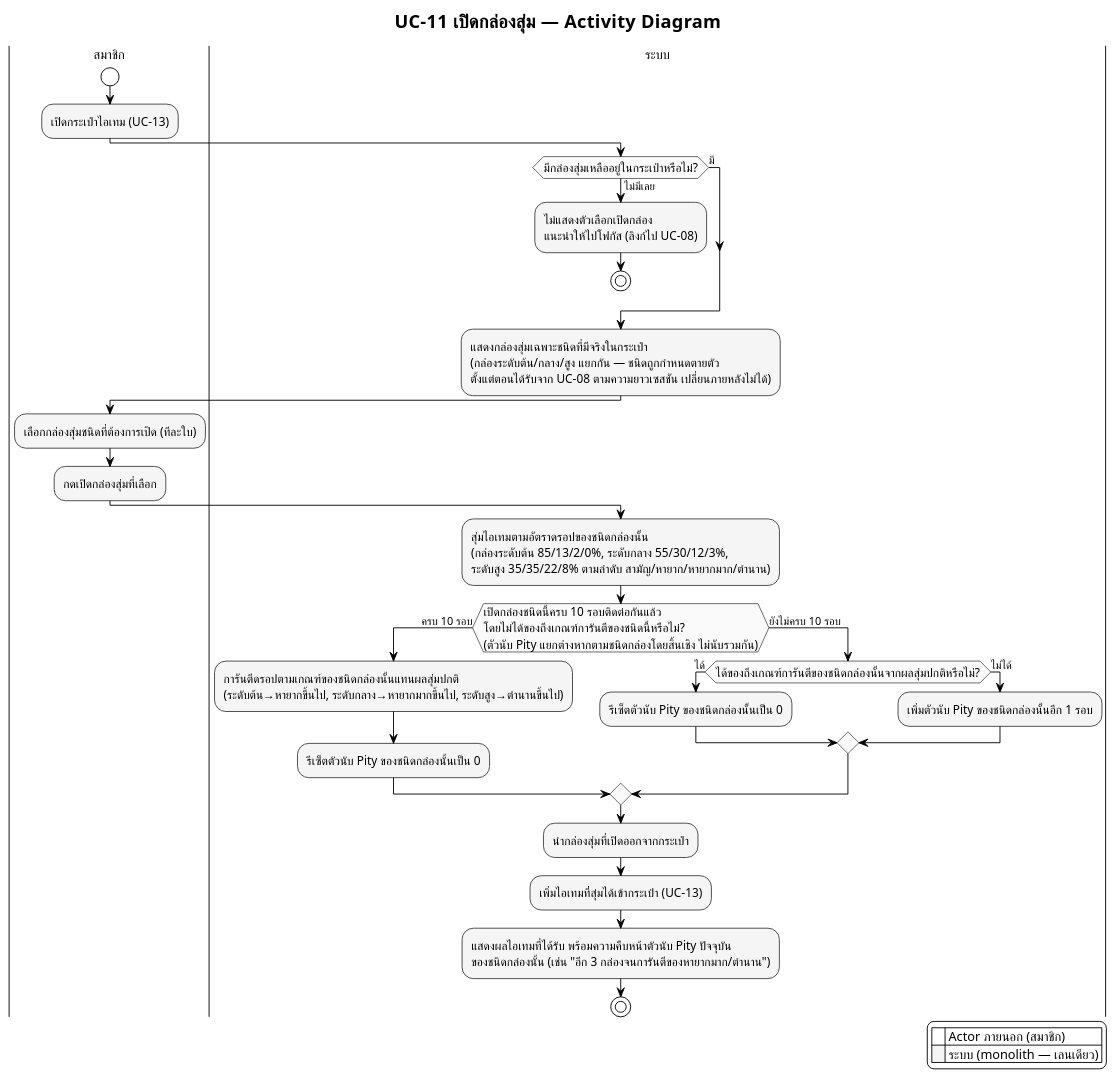
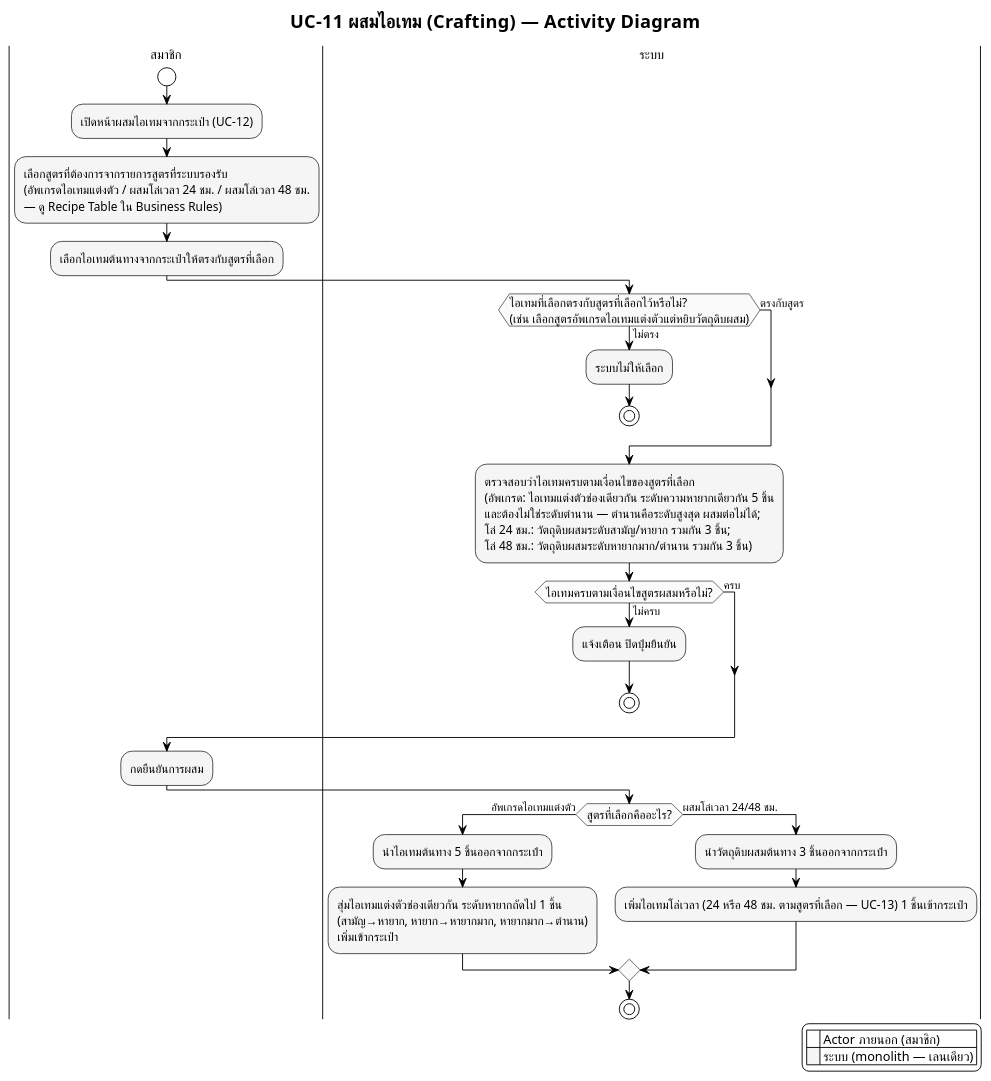
One commit to popotaroman-cloud/dssiprj-pad changed the diagram in proposal/usecase/activity_module3_uc11.puml. Above: the diagram before and after it, drawn with PlantUML. The commit also changed 46 other files, not shown here.

```diff
--- a/proposal/usecase/activity_module3_uc11.puml
+++ b/proposal/usecase/activity_module3_uc11.puml
@@ -1,67 +1,66 @@
-@startuml M3_activity_เปิดกล่องสุ่ม
+@startuml M3_activity_ผสมไอเทม
 !pragma layout smetana
 skinparam defaultFontName "TH Sarabun New"
 skinparam defaultFontSize 14
 
 !theme plain
 skinparam titleFontName "TH Sarabun New"
 skinparam titleFontSize 20
 skinparam noteFontName "TH Sarabun New"
 skinparam ArrowFontName "TH Sarabun New"
 skinparam ArrowFontSize 12
 skinparam swimlaneTitleFontName "TH Sarabun New"
 skinparam swimlaneTitleFontSize 14
 
 skinparam activity {
   BackgroundColor #F5F5F5
   BorderColor #424242
   FontName "TH Sarabun New"
   FontSize 13
   DiamondBackgroundColor #FAFAFA
   DiamondBorderColor #616161
 }
 
-title UC-11 เปิดกล่องสุ่ม — Activity Diagram
+title UC-11 ผสมไอเทม (Crafting) — Activity Diagram
 
 |สมาชิก|
 start
-:เปิดกระเป๋าไอเทม (UC-13);
+:เปิดหน้าผสมไอเทมจากกระเป๋า (UC-12);
+:เลือกสูตรที่ต้องการจากรายการสูตรที่ระบบรองรับ\n(อัพเกรดไอเทมแต่งตัว / ผสมโล่เวลา 24 ชม. / ผสมโล่เวลา 48 ชม.\n— ดู Recipe Table ใน Business Rules);
+:เลือกไอเทมต้นทางจากกระเป๋าให้ตรงกับสูตรที่เลือก;
 
 |ระบบ|
-if (มีกล่องสุ่มเหลืออยู่ในกระเป๋าหรือไม่?) then (ไม่มีเลย)
-  :ไม่แสดงตัวเลือกเปิดกล่อง\nแนะนำให้ไปโฟกัส (ลิงก์ไป UC-08);
+if (ไอเทมที่เลือกตรงกับสูตรที่เลือกไว้หรือไม่?\n(เช่น เลือกสูตรอัพเกรดไอเทมแต่งตัวแต่หยิบวัตถุดิบผสม)) then (ไม่ตรง)
+  :ระบบไม่ให้เลือก;
   stop
-else (มี)
+else (ตรงกับสูตร)
 endif
-:แสดงกล่องสุ่มเฉพาะชนิดที่มีจริงในกระเป๋า\n(กล่องระดับต้น/กลาง/สูง แยกกัน — ชนิดถูกกำหนดตายตัว\nตั้งแต่ตอนได้รับจาก UC-08 ตามความยาวเซสชัน เปลี่ยนภายหลังไม่ได้);
+
+:ตรวจสอบว่าไอเทมครบตามเงื่อนไขของสูตรที่เลือก\n(อัพเกรด: ไอเทมแต่งตัวช่องเดียวกัน ระดับความหายากเดียวกัน 5 ชิ้น\nและต้องไม่ใช่ระดับตำนาน — ตำนานคือระดับสูงสุด ผสมต่อไม่ได้;\nโล่ 24 ชม.: วัตถุดิบผสมระดับสามัญ/หายาก รวมกัน 3 ชิ้น;\nโล่ 48 ชม.: วัตถุดิบผสมระดับหายากมาก/ตำนาน รวมกัน 3 ชิ้น);
+
+if (ไอเทมครบตามเงื่อนไขสูตรผสมหรือไม่?) then (ไม่ครบ)
+  :แจ้งเตือน ปิดปุ่มยืนยัน;
+  stop
+else (ครบ)
+endif
 
 |สมาชิก|
-:เลือกกล่องสุ่มชนิดที่ต้องการเปิด (ทีละใบ);
-:กดเปิดกล่องสุ่มที่เลือก;
+:กดยืนยันการผสม;
 
 |ระบบ|
-:สุ่มไอเทมตามอัตราดรอปของชนิดกล่องนั้น\n(กล่องระดับต้น 85/13/2/0%, ระดับกลาง 55/30/12/3%,\nระดับสูง 35/35/22/8% ตามลำดับ สามัญ/หายาก/หายากมาก/ตำนาน);
-
-if (เปิดกล่องชนิดนี้ครบ 10 รอบติดต่อกันแล้ว\nโดยไม่ได้ของถึงเกณฑ์การันตีของชนิดนี้หรือไม่?\n(ตัวนับ Pity แยกต่างหากตามชนิดกล่องโดยสิ้นเชิง ไม่นับรวมกัน)) then (ครบ 10 รอบ)
-  :การันตีดรอปตามเกณฑ์ของชนิดกล่องนั้นแทนผลสุ่มปกติ\n(ระดับต้น→หายากขึ้นไป, ระดับกลาง→หายากมากขึ้นไป, ระดับสูง→ตำนานขึ้นไป);
-  :รีเซ็ตตัวนับ Pity ของชนิดกล่องนั้นเป็น 0;
-else (ยังไม่ครบ 10 รอบ)
-  if (ได้ของถึงเกณฑ์การันตีของชนิดกล่องนั้นจากผลสุ่มปกติหรือไม่?) then (ได้)
-    :รีเซ็ตตัวนับ Pity ของชนิดกล่องนั้นเป็น 0;
-  else (ไม่ได้)
-    :เพิ่มตัวนับ Pity ของชนิดกล่องนั้นอีก 1 รอบ;
-  endif
+if (สูตรที่เลือกคืออะไร?) then (อัพเกรดไอเทมแต่งตัว)
+  :นำไอเทมต้นทาง 5 ชิ้นออกจากกระเป๋า;
+  :สุ่มไอเทมแต่งตัวช่องเดียวกัน ระดับหายากถัดไป 1 ชิ้น\n(สามัญ→หายาก, หายาก→หายากมาก, หายากมาก→ตำนาน)\nเพิ่มเข้ากระเป๋า;
+else (ผสมโล่เวลา 24/48 ชม.)
+  :นำวัตถุดิบผสมต้นทาง 3 ชิ้นออกจากกระเป๋า;
+  :เพิ่มไอเทมโล่เวลา (24 หรือ 48 ชม. ตามสูตรที่เลือก — UC-13) 1 ชิ้นเข้ากระเป๋า;
 endif
-
-:นำกล่องสุ่มที่เปิดออกจากกระเป๋า;
-:เพิ่มไอเทมที่สุ่มได้เข้ากระเป๋า (UC-13);
-:แสดงผลไอเทมที่ได้รับ พร้อมความคืบหน้าตัวนับ Pity ปัจจุบัน\nของชนิดกล่องนั้น (เช่น "อีก 3 กล่องจนการันตีของหายากมาก/ตำนาน");
 
 stop
 
 legend right
   |<back:white>    </back>| Actor ภายนอก (สมาชิก) |
   |<back:#F5F5F5>    </back>| ระบบ (monolith — เลนเดียว) |
 endlegend
 
 @enduml
```
